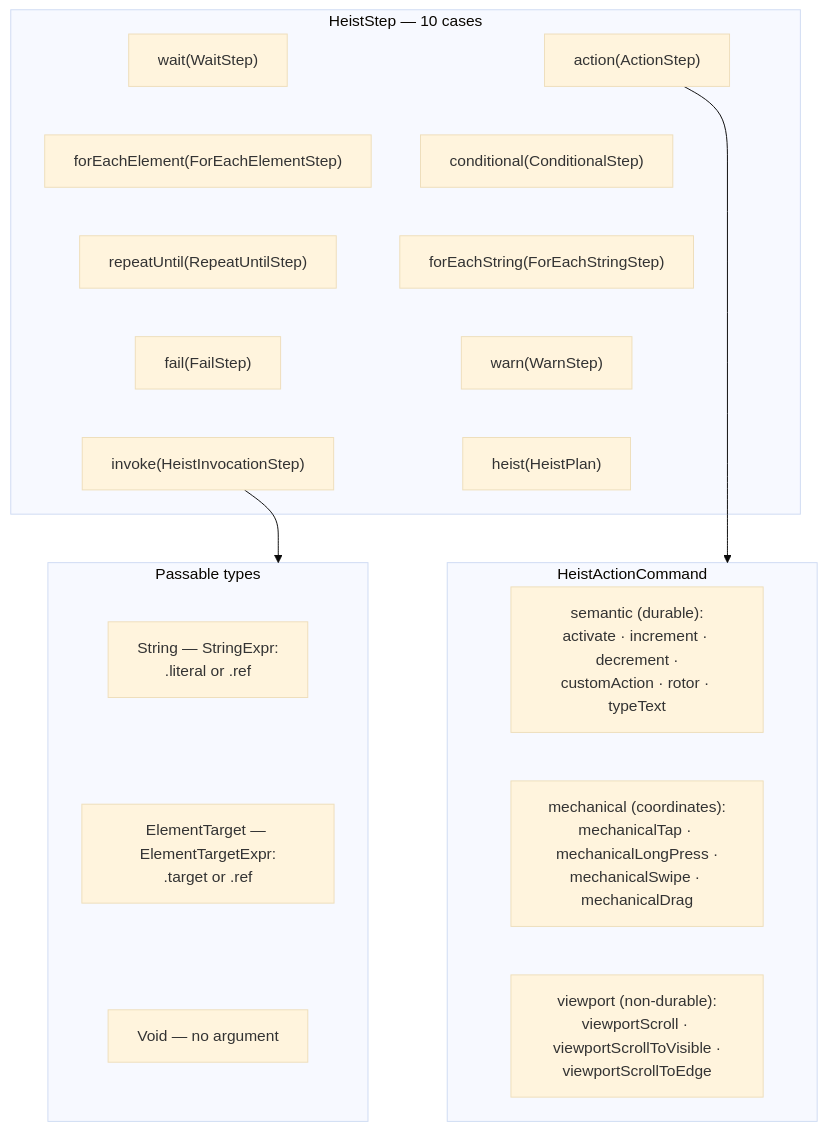
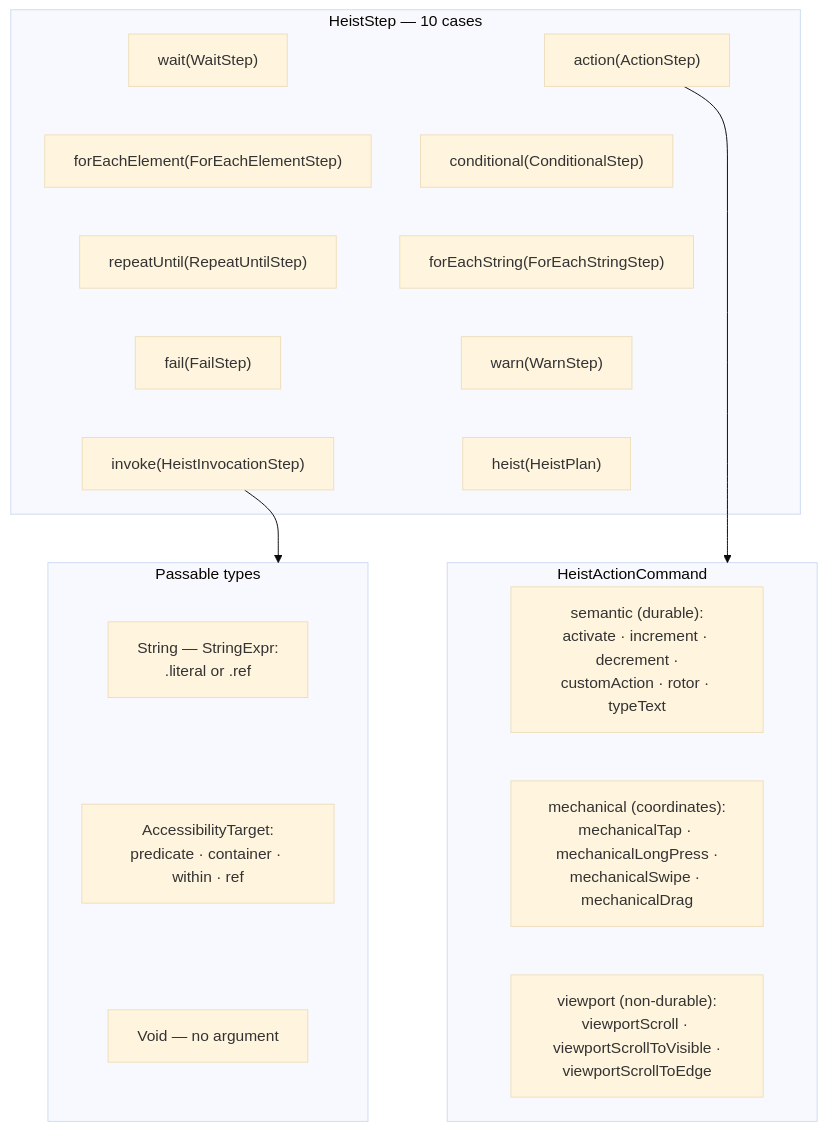
One commit to RoyalPineapple/TheButtonHeist changed the first of 2 diagrams in docs/diagrams/dsl-grammar.md. Above: the diagram before and after it, drawn with Mermaid (base theme). The commit also changed other lines of this file and 279 other files, not shown here.

````diff
--- a/docs/diagrams/dsl-grammar.md
+++ b/docs/diagrams/dsl-grammar.md
@@ -8,44 +9,44 @@
 ```mermaid
 flowchart TD
     subgraph steps["HeistStep — 10 cases"]
         ACTION["action(ActionStep)"]
         WAIT["wait(WaitStep)"]
         COND["conditional(ConditionalStep)"]
         FEE["forEachElement(ForEachElementStep)"]
         FES["forEachString(ForEachStringStep)"]
         RU["repeatUntil(RepeatUntilStep)"]
         WARNS["warn(WarnStep)"]
         FAILS["fail(FailStep)"]
         NESTED["heist(HeistPlan)"]
         INVOKE["invoke(HeistInvocationStep)"]
         ACTION ~~~ COND
         COND ~~~ FES
         FES ~~~ WARNS
         WARNS ~~~ NESTED
         WAIT ~~~ FEE
         FEE ~~~ RU
         RU ~~~ FAILS
         FAILS ~~~ INVOKE
     end
 
     subgraph commands["HeistActionCommand"]
         SEMANTIC["semantic (durable):<br/>activate · increment · decrement ·<br/>customAction · rotor · typeText"]
         MECH["mechanical (coordinates):<br/>mechanicalTap · mechanicalLongPress ·<br/>mechanicalSwipe · mechanicalDrag"]
         VIEWPORT["viewport (non-durable):<br/>viewportScroll · viewportScrollToVisible ·<br/>viewportScrollToEdge"]
         SEMANTIC ~~~ MECH
         MECH ~~~ VIEWPORT
     end
 
     subgraph passables["Passable types"]
         PSTR["String — StringExpr:<br/>.literal or .ref"]
-        PTGT["ElementTarget — ElementTargetExpr:<br/>.target or .ref"]
+        PTGT["AccessibilityTarget:<br/>predicate · container · within · ref"]
         PVOID["Void — no argument"]
         PSTR ~~~ PTGT
         PTGT ~~~ PVOID
     end
 
     NESTED ~~~ SEMANTIC
     INVOKE ~~~ PSTR
     ACTION --> commands
     INVOKE --> passables
 ```
````
